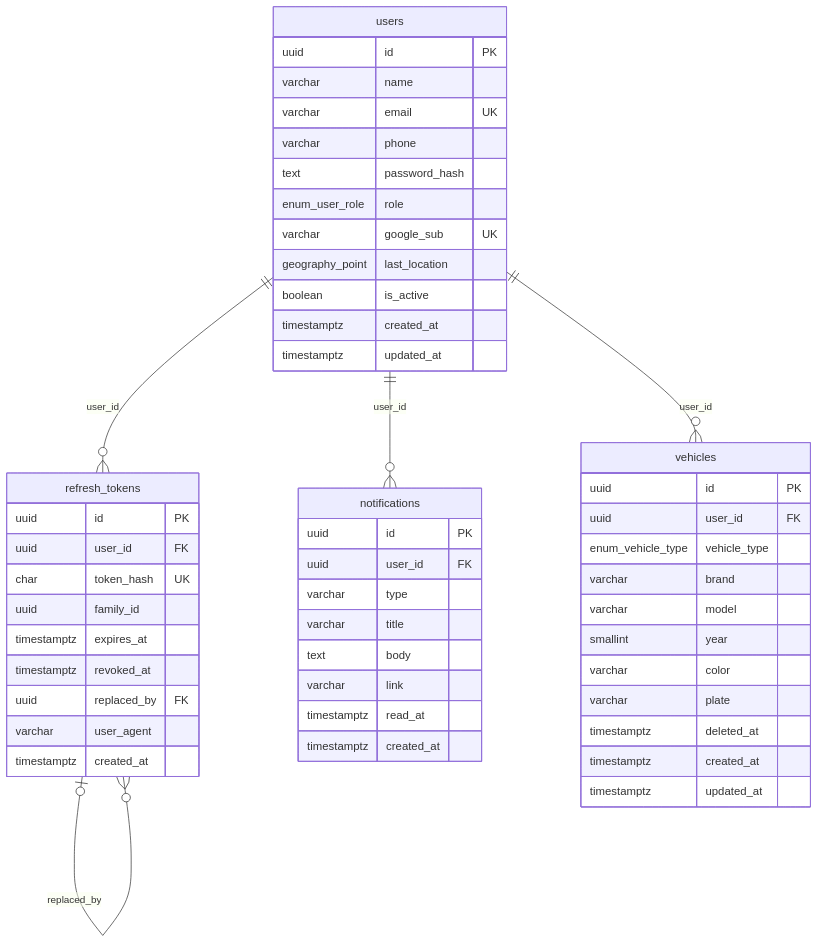
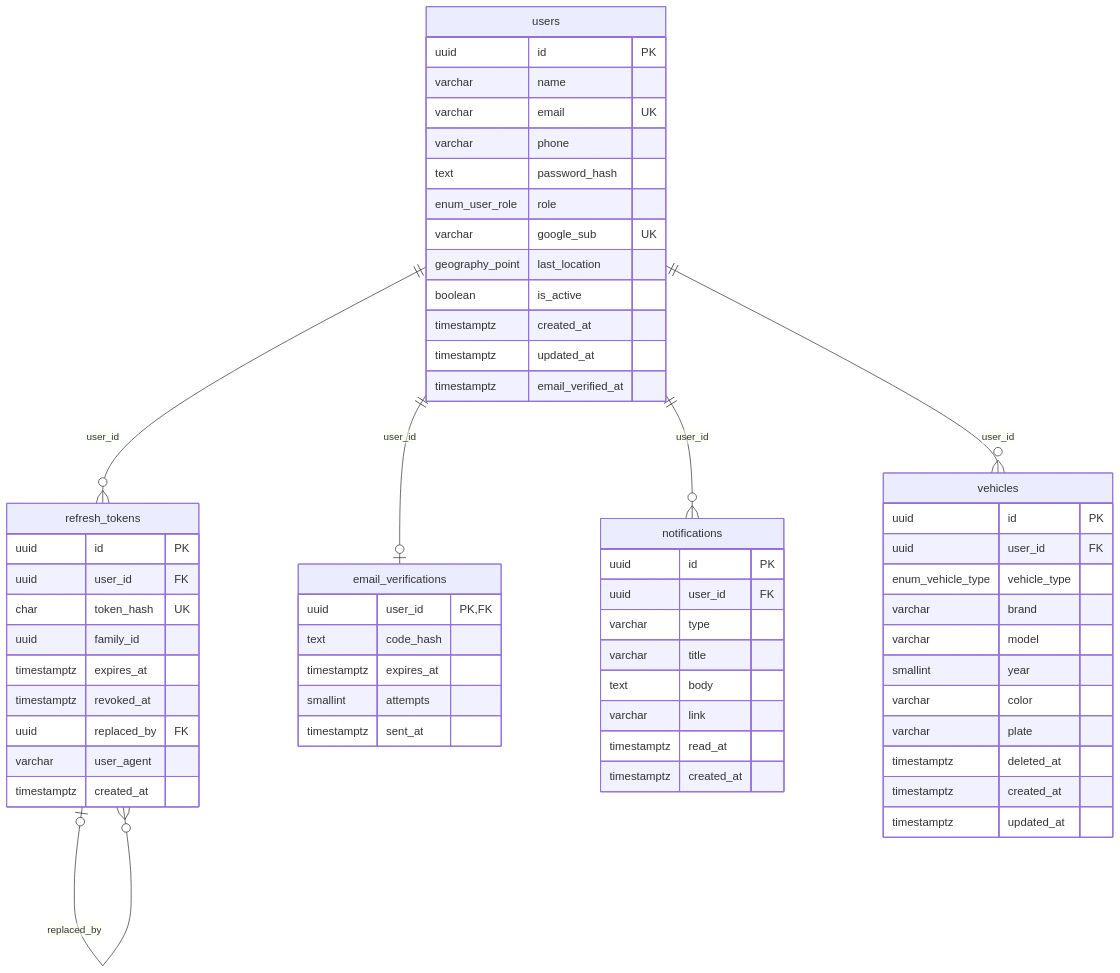
Before and after one commit to AldiRachmatdiantoo/bengkelgo: the second of 6 diagrams in docs/erd.md, drawn with Mermaid. The commit also changed other lines of this file and 4 other files, not shown here.

Commit message:
Docs: status of the 21 Oct work, ERD with the email tables (19 tables, 28 relations)

````diff
--- a/docs/erd.md
+++ b/docs/erd.md
@@ -46,54 +47,63 @@
 ```mermaid
 erDiagram
     users {
         uuid id PK
         varchar name
         varchar email UK
         varchar phone
         text password_hash
         enum_user_role role
         varchar google_sub UK
         geography_point last_location
         boolean is_active
         timestamptz created_at
         timestamptz updated_at
+        timestamptz email_verified_at
     }
     refresh_tokens {
         uuid id PK
         uuid user_id FK
         char token_hash UK
         uuid family_id
         timestamptz expires_at
         timestamptz revoked_at
         uuid replaced_by FK
         varchar user_agent
         timestamptz created_at
+    }
+    email_verifications {
+        uuid user_id PK,FK
+        text code_hash
+        timestamptz expires_at
+        smallint attempts
+        timestamptz sent_at
     }
     notifications {
         uuid id PK
         uuid user_id FK
         varchar type
         varchar title
         text body
         varchar link
         timestamptz read_at
         timestamptz created_at
     }
     vehicles {
         uuid id PK
         uuid user_id FK
         enum_vehicle_type vehicle_type
         varchar brand
         varchar model
         smallint year
         varchar color
         varchar plate
         timestamptz deleted_at
         timestamptz created_at
         timestamptz updated_at
     }
+    users ||--o| email_verifications : "user_id"
     users ||--o{ notifications : "user_id"
     refresh_tokens |o--o{ refresh_tokens : "replaced_by"
     users ||--o{ refresh_tokens : "user_id"
     users ||--o{ vehicles : "user_id"
 ```
````
